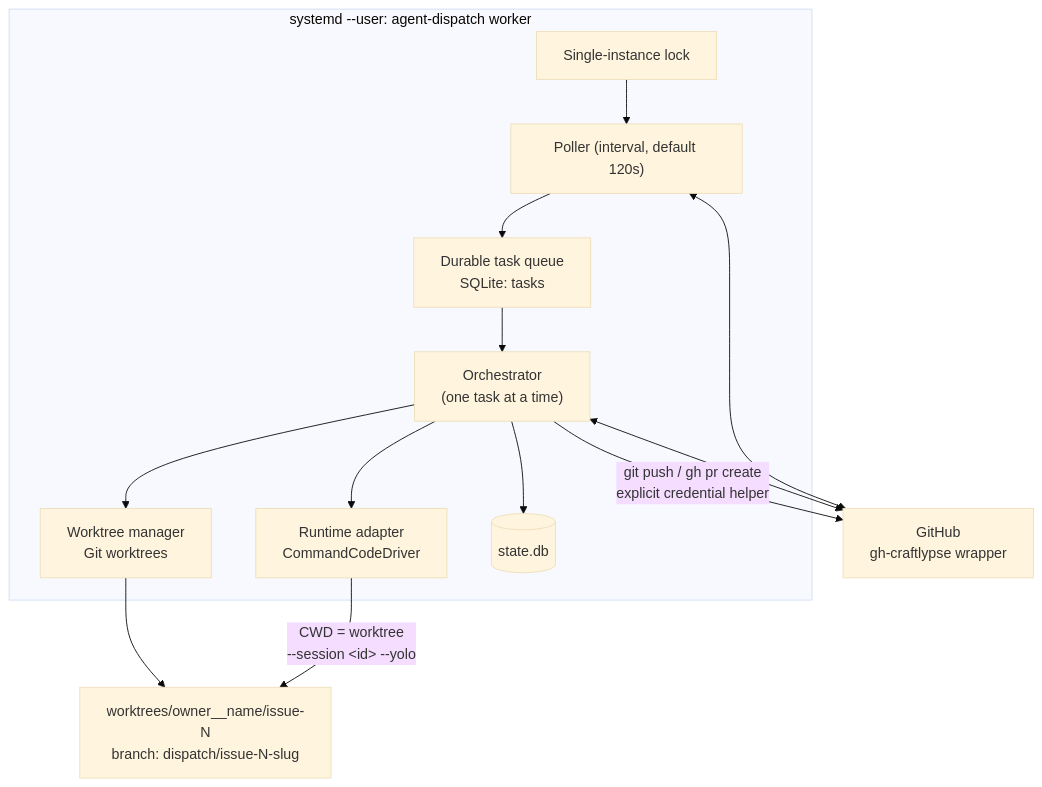
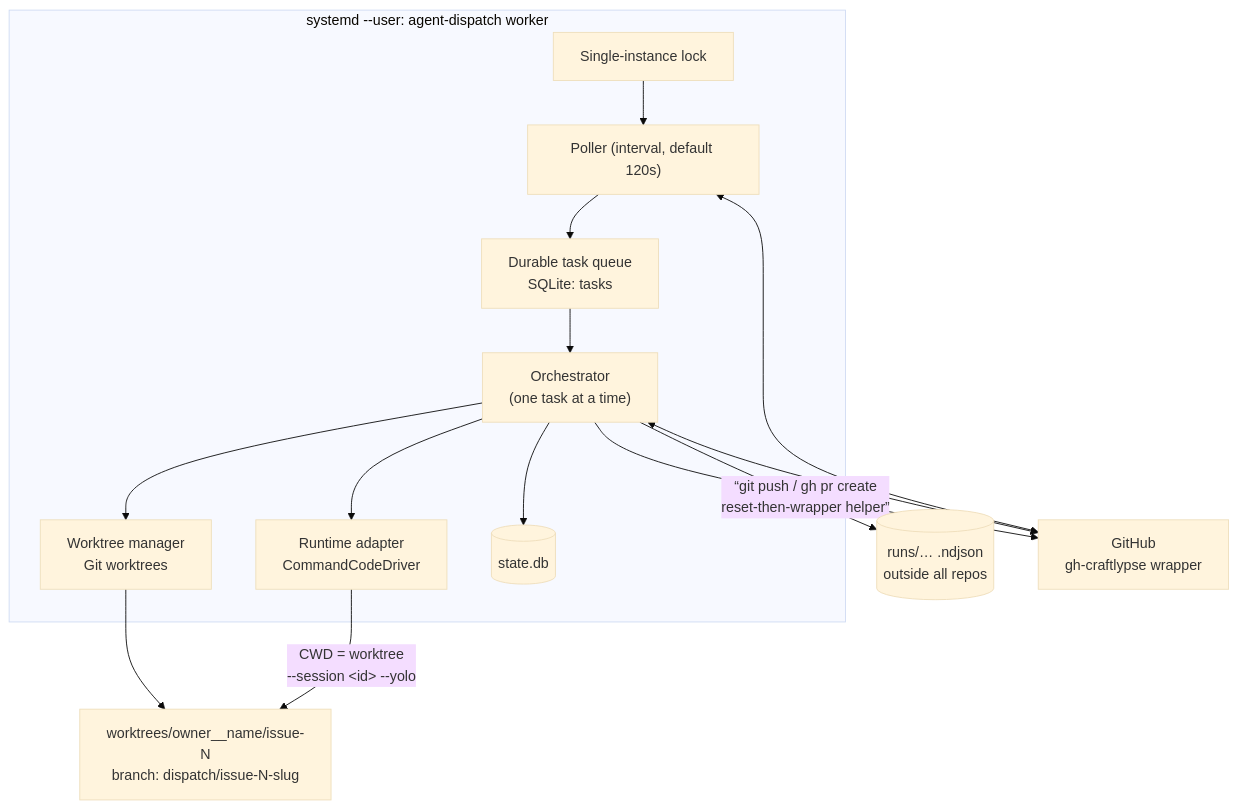
Before and after one commit to MariuszBielecki288728/agent-dispatch: the diagram in docs/architecture.md, drawn with Mermaid (base theme). The commit also changed other lines of this file and 3 other files, not shown here.

First line of the commit message:
fix: correct credential-helper, log placement, worktree and idempotency contracts (#2)

````diff
--- a/docs/architecture.md
+++ b/docs/architecture.md
@@ -99,17 +129,18 @@
 ```mermaid
 flowchart TD
     subgraph svc["systemd --user: agent-dispatch worker"]
         L["Single-instance lock"] --> POLL["Poller (interval, default 120s)"]
         POLL --> Q["Durable task queue<br/>SQLite: tasks"]
         Q --> ORCH["Orchestrator<br/>(one task at a time)"]
         ORCH --> WT["Worktree manager<br/>Git worktrees"]
         ORCH --> RT["Runtime adapter<br/>CommandCodeDriver"]
         ORCH --> DB[("state.db")]
     end
 
     GH["GitHub<br/>gh-craftlypse wrapper"] <--> POLL
     GH <--> ORCH
     WT --> WTREE["worktrees/owner__name/issue-N<br/>branch: dispatch/issue-N-slug"]
     RT -->|"CWD = worktree<br/>--session &lt;id&gt; --yolo"| WTREE
-    ORCH -->|"git push / gh pr create<br/>explicit credential helper"| GH
+    ORCH -->|“git push / gh pr create<br/>reset-then-wrapper helper”| GH
+    ORCH --> LOGS[("runs/… .ndjson<br/>outside all repos")]
 ```
````
